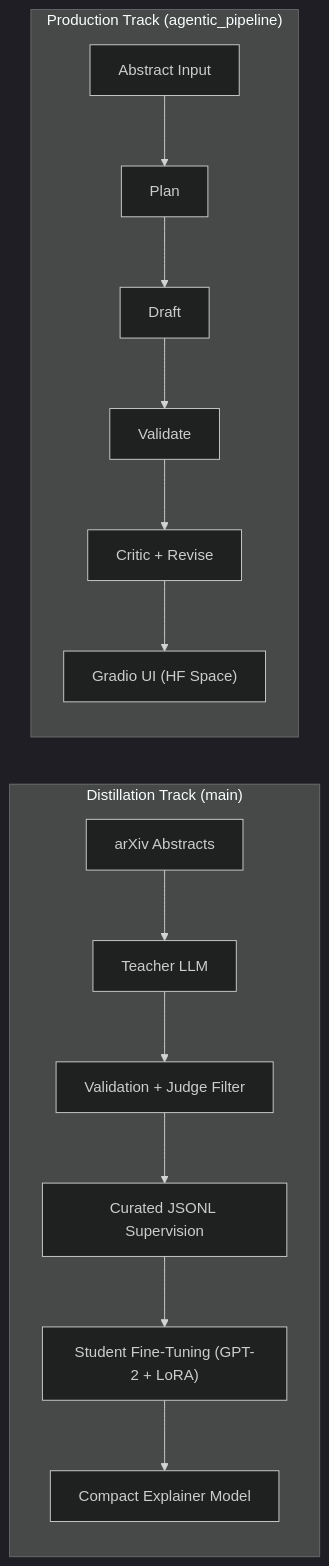
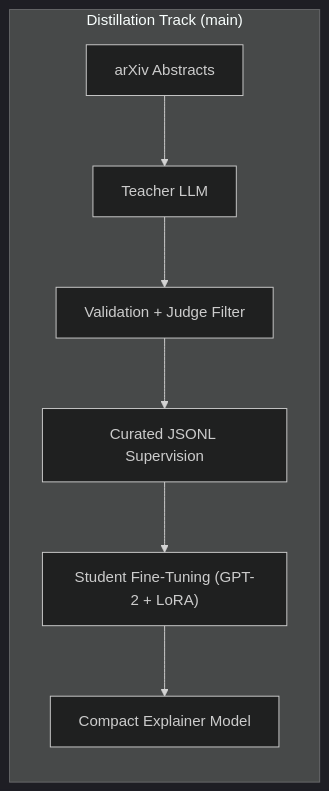
The first of 2 diagrams in README.md (daspushpita/MiniAstroGPT), drawn with Mermaid (dark theme) before and after one commit.

````diff
--- a/README.md
+++ b/README.md
@@ -80,18 +81,10 @@
 ```mermaid
 flowchart LR
   subgraph D["Distillation Track (main)"]
     A["arXiv Abstracts"] --> B["Teacher LLM"]
     B --> C["Validation + Judge Filter"]
     C --> E["Curated JSONL Supervision"]
     E --> F["Student Fine-Tuning (GPT-2 + LoRA)"]
     F --> G["Compact Explainer Model"]
   end
-
-  subgraph P["Production Track (agentic_pipeline)"]
-    X["Abstract Input"] --> Y["Plan"]
-    Y --> Z["Draft"]
-    Z --> U["Validate"]
-    U --> V["Critic + Revise"]
-    V --> W["Gradio UI (HF Space)"]
-  end
 ```
````
